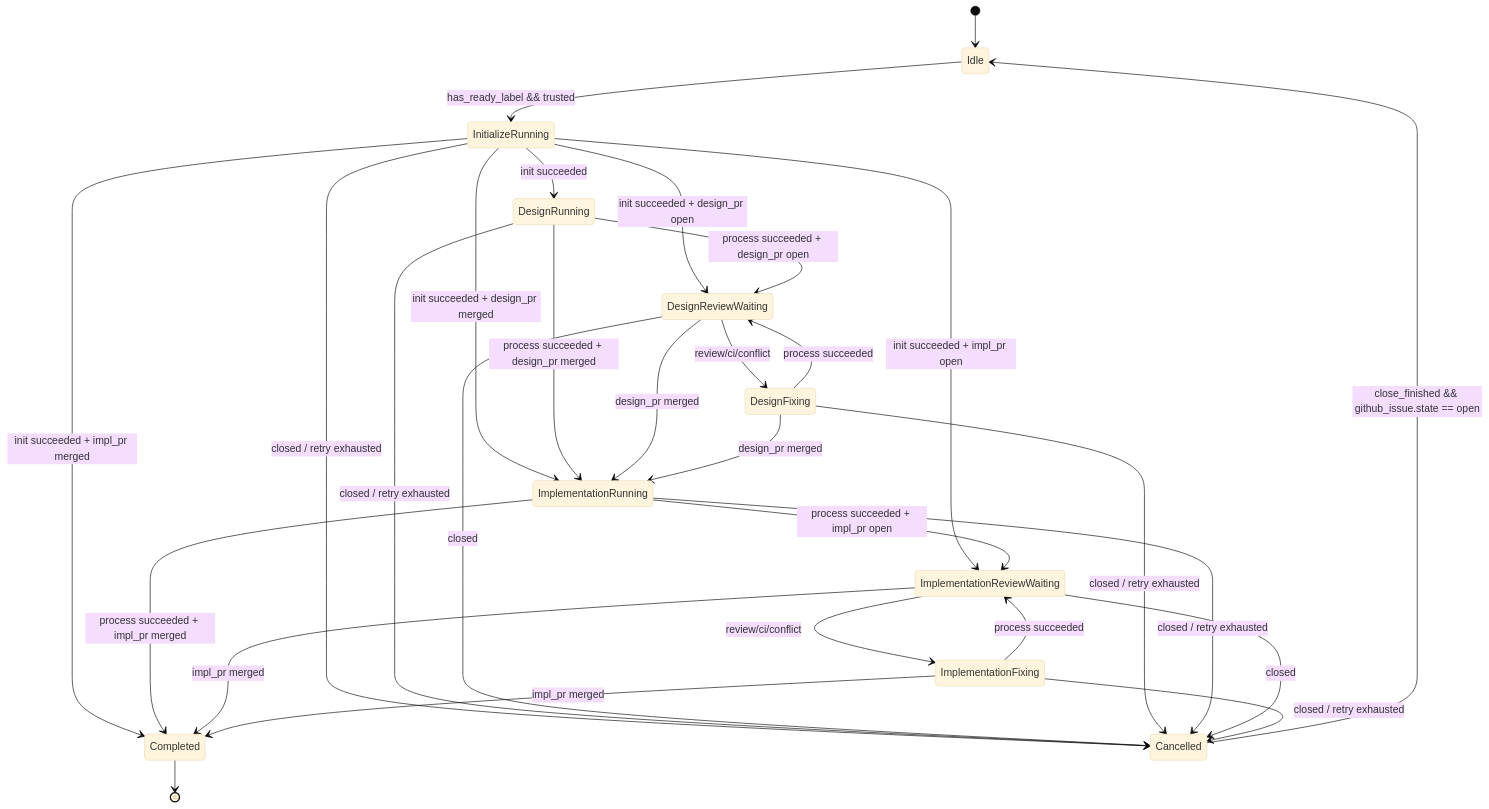
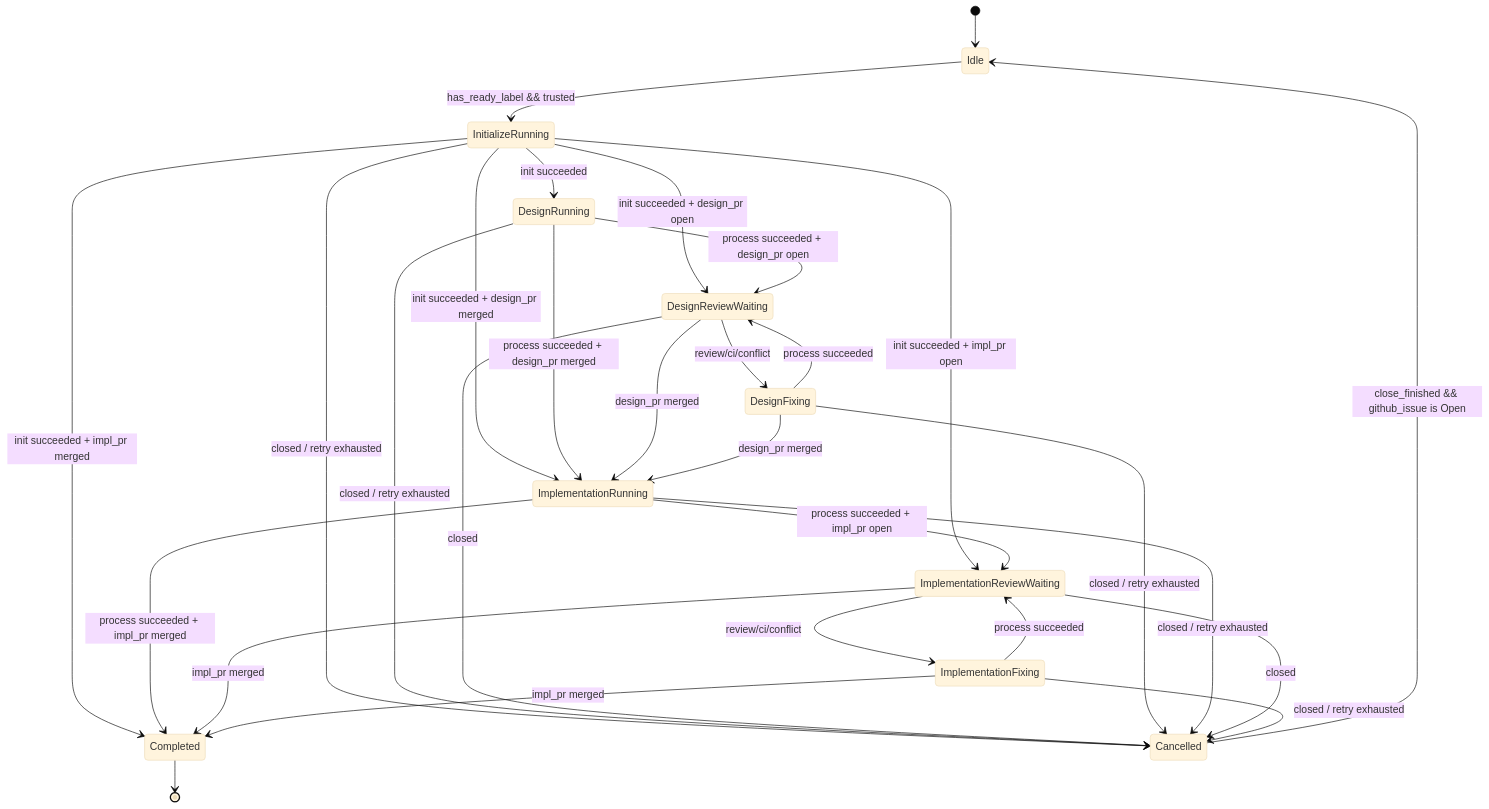
One commit to kyuki3rain/cupola changed the diagram in docs/architecture/state-machine.md. Above: the diagram before and after it, drawn with Mermaid (base theme). The commit also changed other lines of this file and 16 other files, not shown here.

First line of the commit message:
refactor(collect): replace per-issue GitHub API calls with list_open_issues + unified GraphQL PR query

````diff
--- a/docs/architecture/state-machine.md
+++ b/docs/architecture/state-machine.md
@@ -7,37 +7,37 @@
 ```mermaid
 stateDiagram-v2
     [*] --> Idle
     Idle --> InitializeRunning: has_ready_label && trusted
 
     InitializeRunning --> DesignRunning: init succeeded
     InitializeRunning --> DesignReviewWaiting: init succeeded + design_pr open
     InitializeRunning --> ImplementationRunning: init succeeded + design_pr merged
     InitializeRunning --> ImplementationReviewWaiting: init succeeded + impl_pr open
     InitializeRunning --> Completed: init succeeded + impl_pr merged
 
     DesignRunning --> DesignReviewWaiting: process succeeded + design_pr open
     DesignRunning --> ImplementationRunning: process succeeded + design_pr merged
     DesignReviewWaiting --> DesignFixing: review/ci/conflict
     DesignReviewWaiting --> ImplementationRunning: design_pr merged
     DesignFixing --> DesignReviewWaiting: process succeeded
     DesignFixing --> ImplementationRunning: design_pr merged
 
     ImplementationRunning --> ImplementationReviewWaiting: process succeeded + impl_pr open
     ImplementationRunning --> Completed: process succeeded + impl_pr merged
     ImplementationReviewWaiting --> ImplementationFixing: review/ci/conflict
     ImplementationReviewWaiting --> Completed: impl_pr merged
     ImplementationFixing --> ImplementationReviewWaiting: process succeeded
     ImplementationFixing --> Completed: impl_pr merged
 
     Completed --> [*]
 
     InitializeRunning --> Cancelled: closed / retry exhausted
     DesignRunning --> Cancelled: closed / retry exhausted
     DesignReviewWaiting --> Cancelled: closed
     DesignFixing --> Cancelled: closed / retry exhausted
     ImplementationRunning --> Cancelled: closed / retry exhausted
     ImplementationReviewWaiting --> Cancelled: closed
     ImplementationFixing --> Cancelled: closed / retry exhausted
 
-    Cancelled --> Idle: close_finished && github_issue.state == open
+    Cancelled --> Idle: close_finished && github_issue is Open
 ```
````
